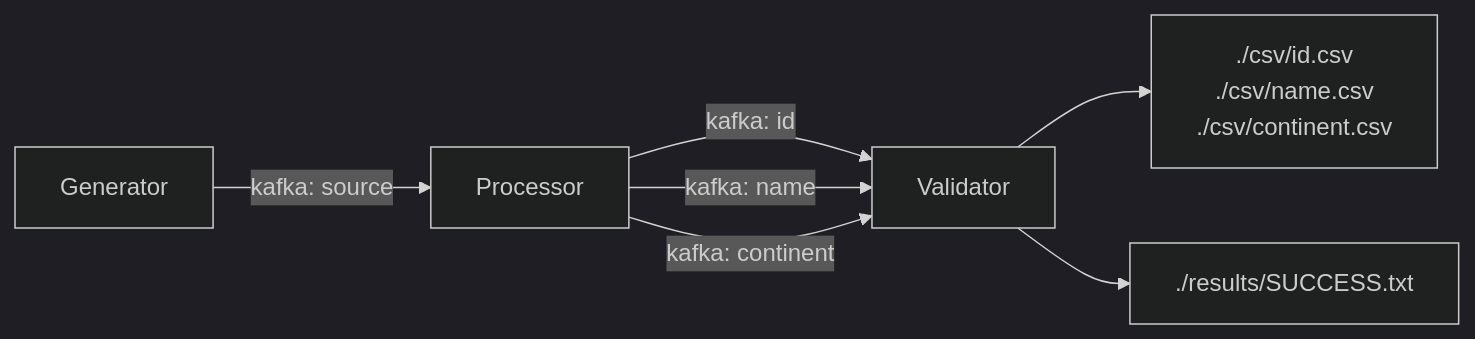
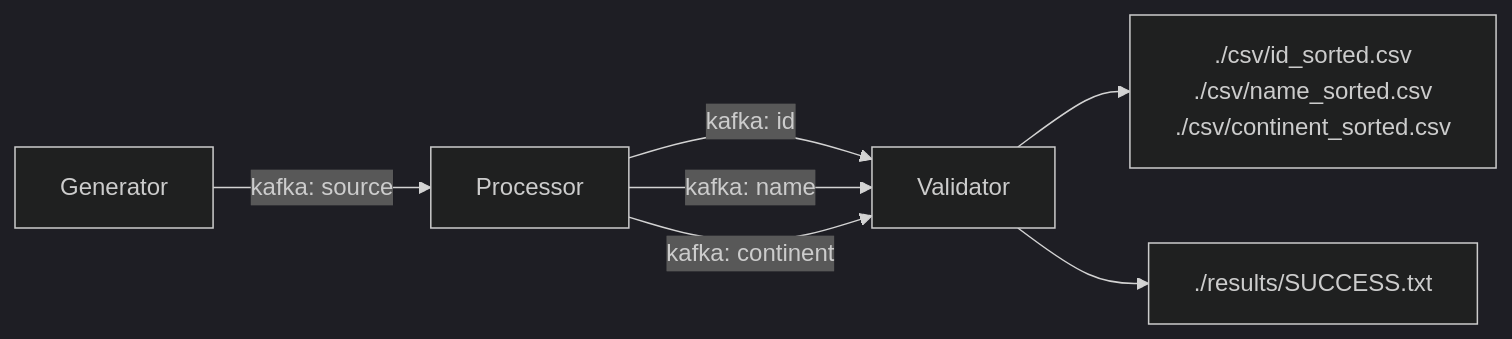
The first of 2 diagrams in README.md (Udhayarajan/core-infra), drawn with Mermaid (dark theme) before and after one commit. The commit also changed other lines of this file, not shown here.

Commit message:
docs(README): update CSV file names and improve formatting for clarity

````diff
--- a/README.md
+++ b/README.md
@@ -13,9 +14,9 @@
 ```mermaid
 flowchart LR
     A[Generator] -->|kafka: source| B[Processor]
     B -->|kafka: id| C[Validator]
     B -->|kafka: name| C
     B -->|kafka: continent| C
-    C --> D[./csv/id.csv\n./csv/name.csv\n./csv/continent.csv]
+    C --> D[./csv/id_sorted.csv\n./csv/name_sorted.csv\n./csv/continent_sorted.csv]
     C --> E[./results/SUCCESS.txt]
 ```
````
